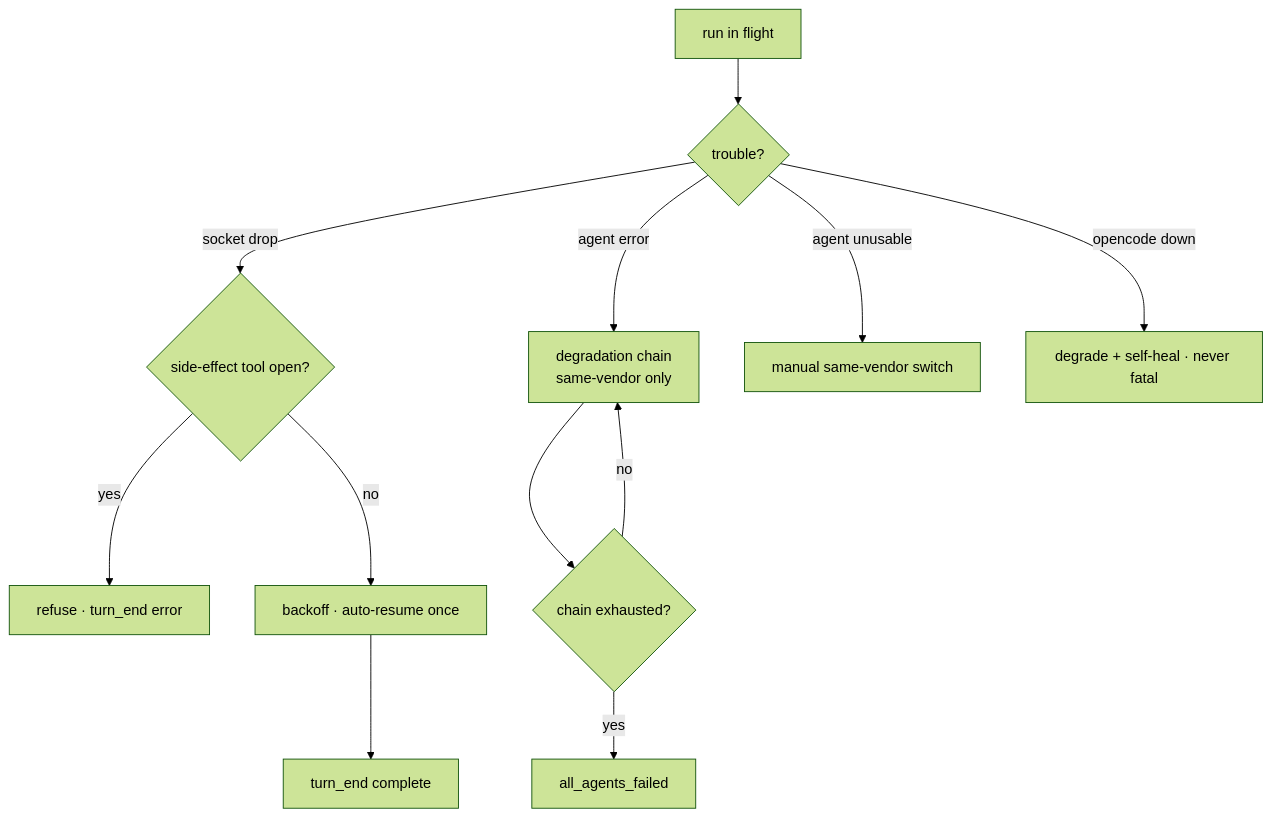
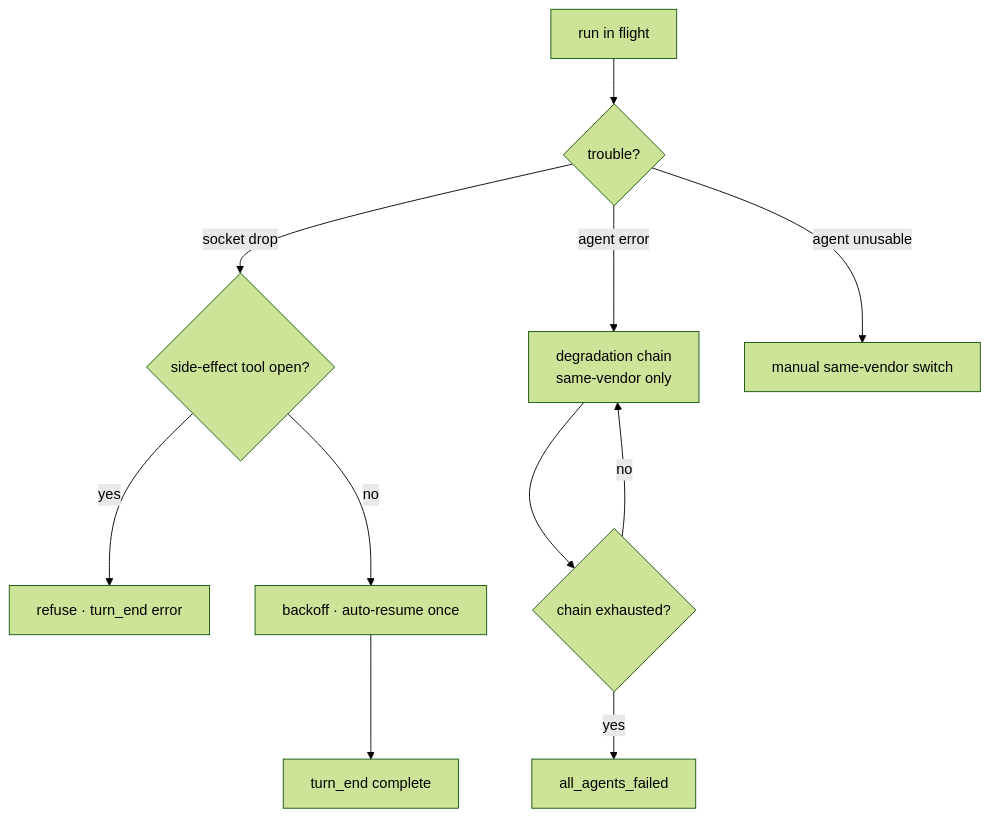
The diagram in specs/flows/flow-run-resilience.md (sequencestream/c3), drawn with Mermaid (forest theme) before and after one commit. The commit also changed other lines of this file and 167 other files, not shown here.

````diff
--- a/specs/flows/flow-run-resilience.md
+++ b/specs/flows/flow-run-resilience.md
@@ -15,14 +15,13 @@
 ```mermaid
 flowchart TD
     RUN[run in flight] --> D{trouble?}
     D -- socket drop --> GATE{side-effect tool open?}
     GATE -- yes --> ERR[refuse · turn_end error]
     GATE -- no --> RES[backoff · auto-resume once]
     RES --> OK[turn_end complete]
     D -- agent error --> CH[degradation chain<br/>same-vendor only]
     CH --> EXH{chain exhausted?}
     EXH -- no --> CH
     EXH -- yes --> AF[all_agents_failed]
     D -- agent unusable --> SW[manual same-vendor switch]
-    D -- opencode down --> HEAL[degrade + self-heal · never fatal]
 ```
````
